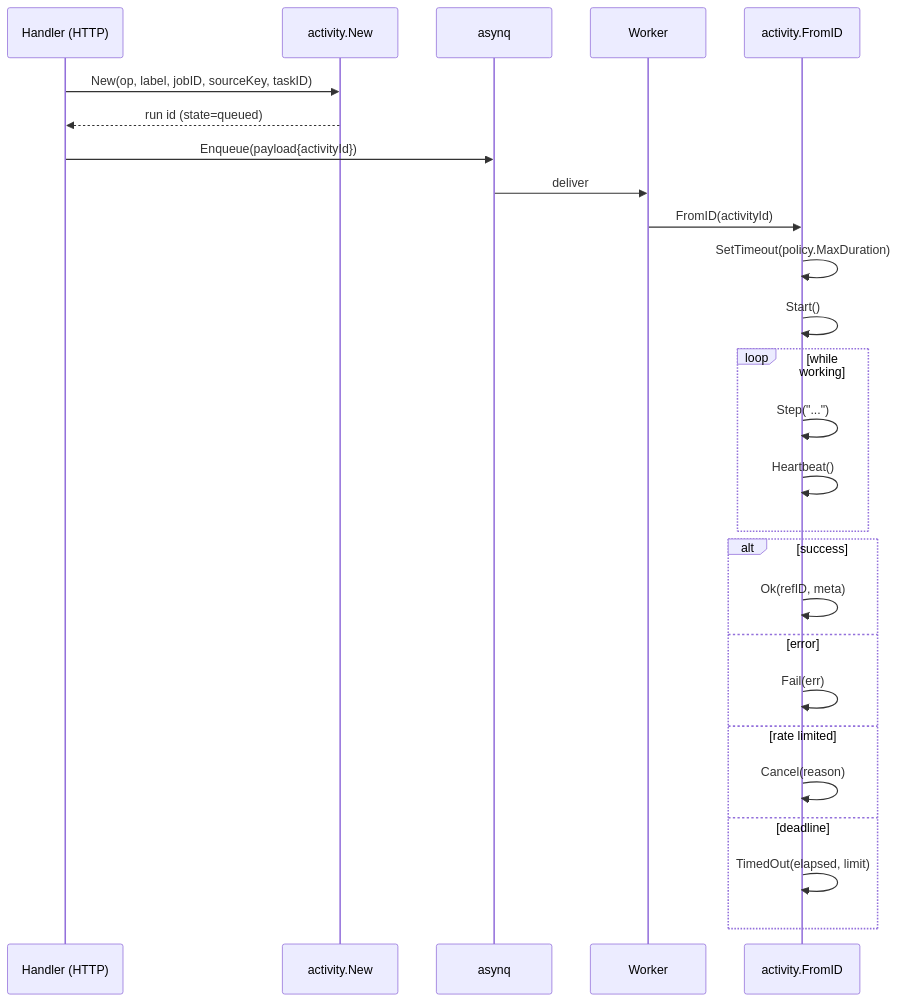
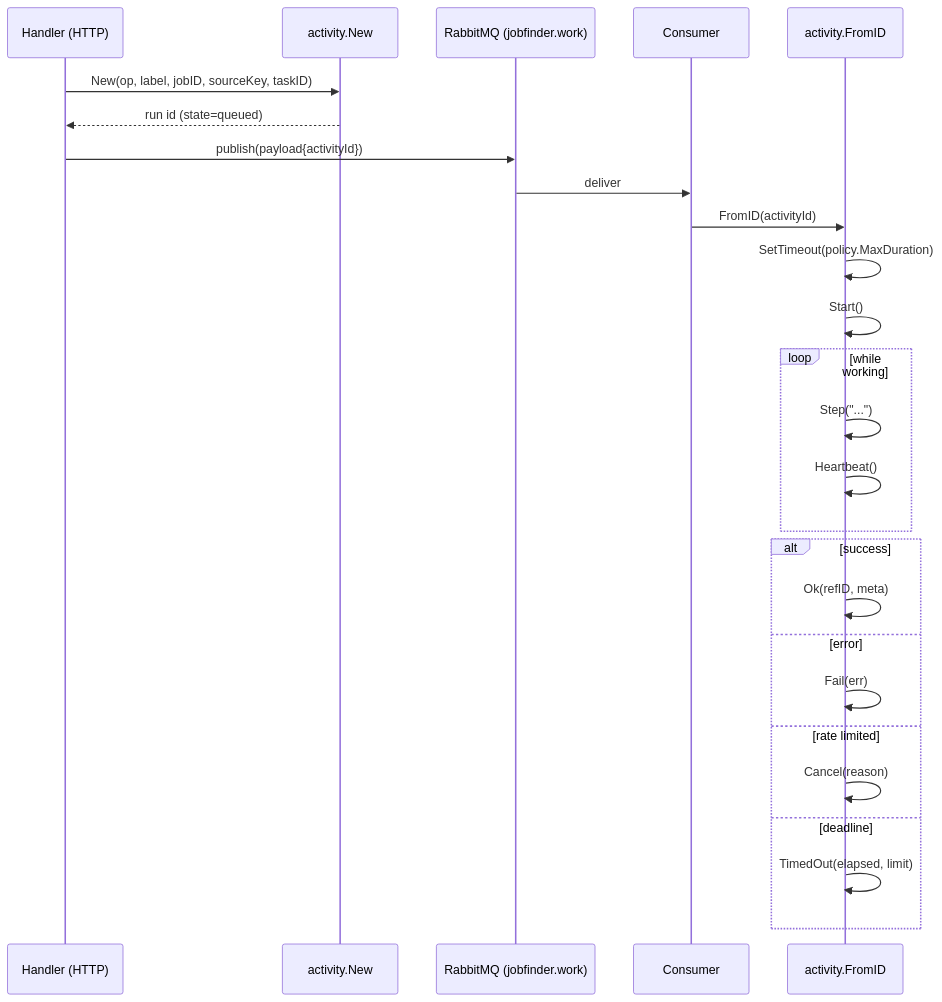
The first of 4 diagrams in docs/docs/async/activity-tracking.md (nonamecat19/job-finder), drawn with Mermaid before and after one commit. The commit also changed other lines of this file and 13 other files, not shown here.

````diff
--- a/docs/docs/async/activity-tracking.md
+++ b/docs/docs/async/activity-tracking.md
@@ -69,28 +69,28 @@
 ```mermaid
 sequenceDiagram
     participant H as Handler (HTTP)
     participant A as activity.New
-    participant Q as asynq
-    participant W as Worker
+    participant Q as RabbitMQ (jobfinder.work)
+    participant W as Consumer
     participant F as activity.FromID
     H->>A: New(op, label, jobID, sourceKey, taskID)
     A-->>H: run id (state=queued)
-    H->>Q: Enqueue(payload{activityId})
+    H->>Q: publish(payload{activityId})
     Q->>W: deliver
     W->>F: FromID(activityId)
     F->>F: SetTimeout(policy.MaxDuration)
     F->>F: Start()
     loop while working
         F->>F: Step("...")
         F->>F: Heartbeat()
     end
     alt success
         F->>F: Ok(refID, meta)
     else error
         F->>F: Fail(err)
     else rate limited
         F->>F: Cancel(reason)
     else deadline
         F->>F: TimedOut(elapsed, limit)
     end
 ```
````
